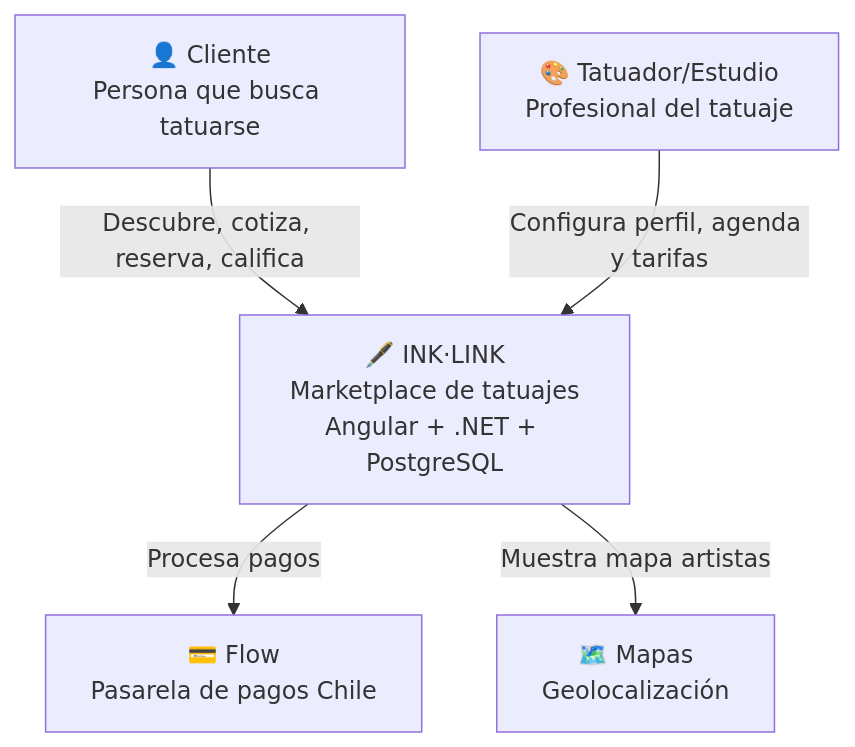
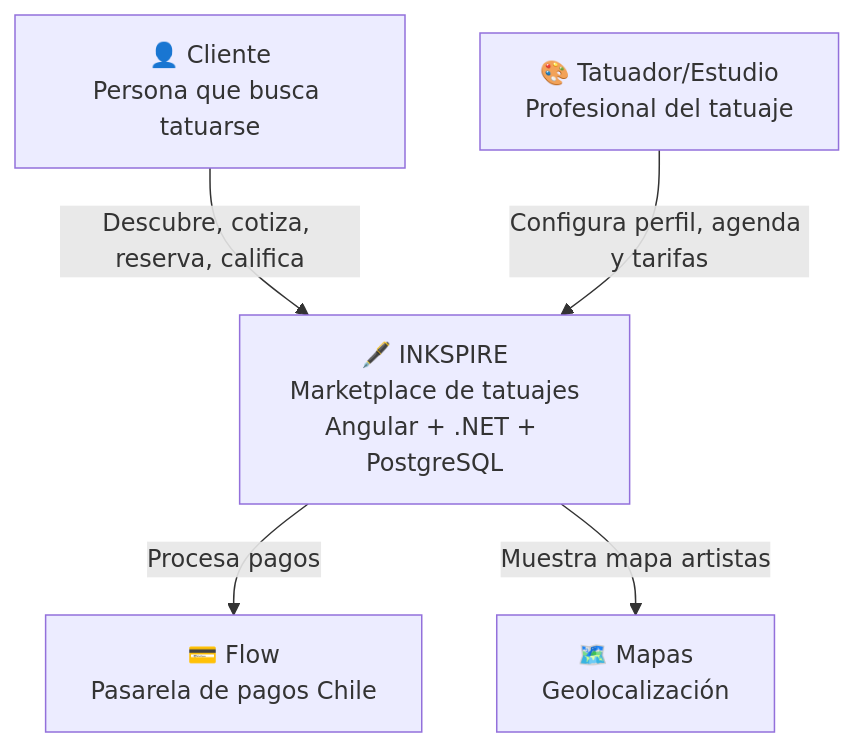
One commit to LIDR-academy/AI4Devs-finalproject changed diagram 12 of 14 in docs/documentacion.md. Above: the diagram before and after it, drawn with Mermaid. The commit also changed other lines of this file and 26 other files, not shown here.

First line of the commit message:
docs: rebrand INK·LINK → INKSPIRE en toda la documentación

````diff
--- a/docs/documentacion.md
+++ b/docs/documentacion.md
@@ -935,15 +935,15 @@
 ```mermaid
 flowchart TB
     CLIENT[👤 Cliente<br/>Persona que busca tatuarse]
     ARTIST[🎨 Tatuador/Estudio<br/>Profesional del tatuaje]
     
-    INKLINK[🖋️ INK·LINK<br/>Marketplace de tatuajes<br/>Angular + .NET + PostgreSQL]
+    INKLINK[🖋️ INKSPIRE<br/>Marketplace de tatuajes<br/>Angular + .NET + PostgreSQL]
     
     FLOW_EXT[💳 Flow<br/>Pasarela de pagos Chile]
     MAPS_EXT[🗺️ Mapas<br/>Geolocalización]
 
     CLIENT -->|Descubre, cotiza, reserva, califica| INKLINK
     ARTIST -->|Configura perfil, agenda y tarifas| INKLINK
     INKLINK -->|Procesa pagos| FLOW_EXT
     INKLINK -->|Muestra mapa artistas| MAPS_EXT
 ```
````
